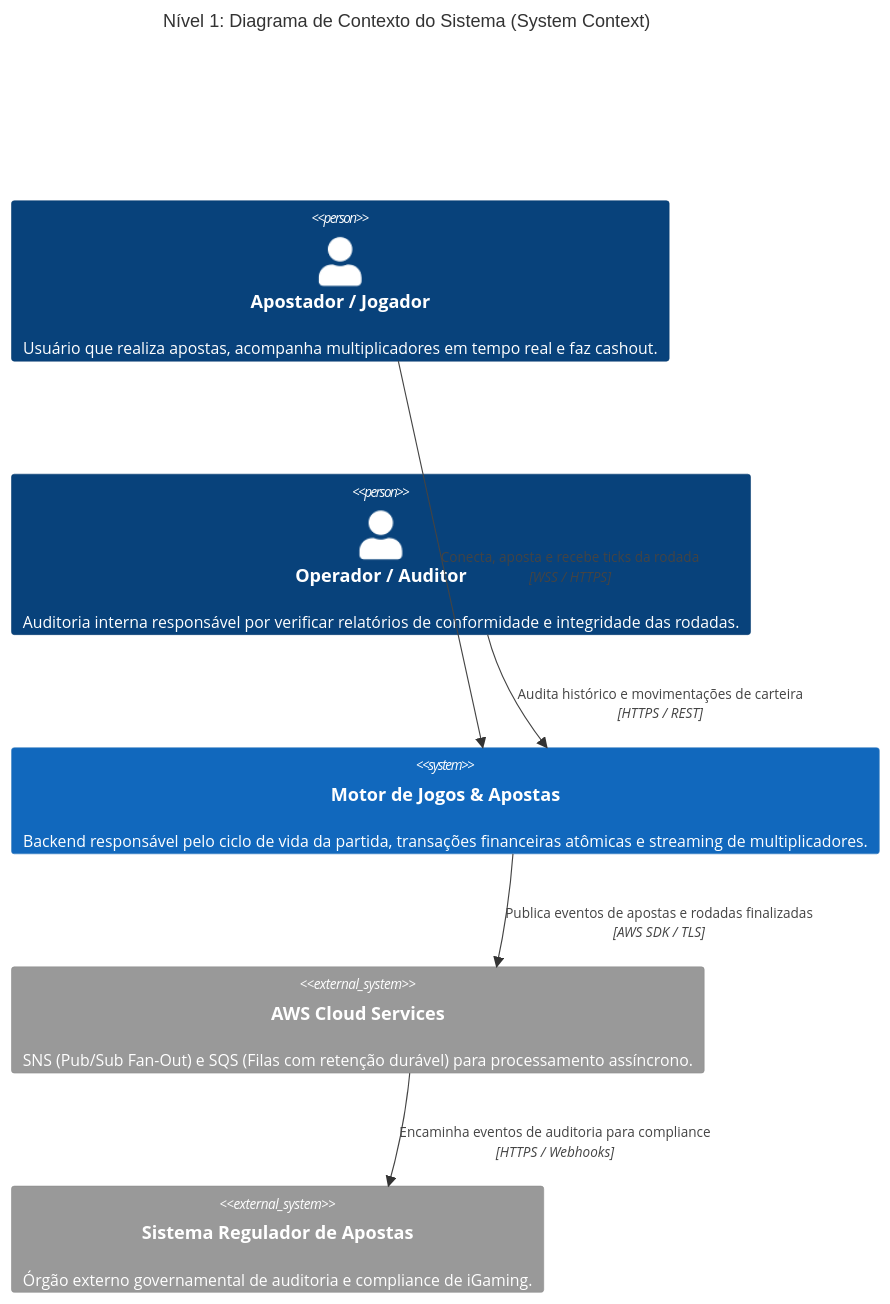
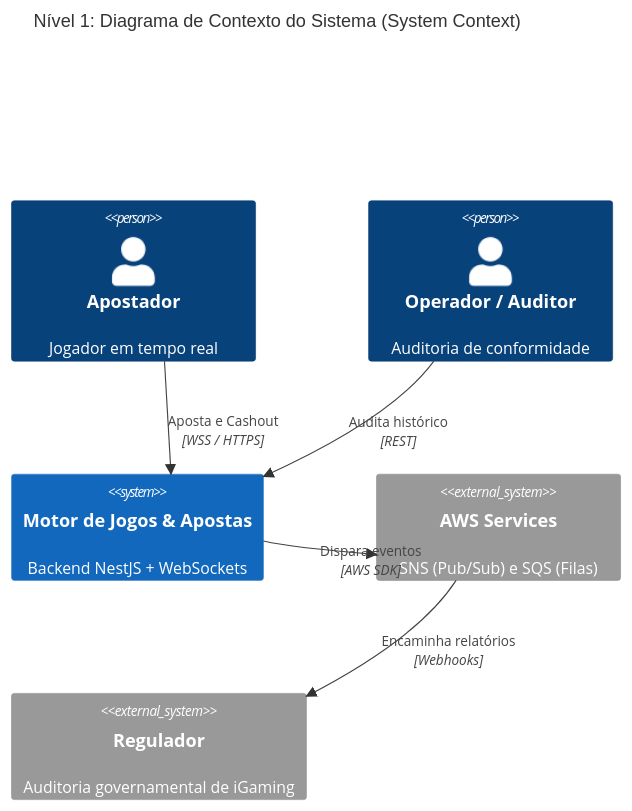
Before and after one commit to Ranzer-Dev/aprendendo-stack-jungle-gaming: the first of 4 diagrams in README.md, drawn with Mermaid. The commit also changed other lines of this file, not shown here.

Commit message:
style(docs): clean up C4 diagrams with directional relations to prevent line overlap

````diff
--- a/README.md
+++ b/README.md
@@ -25,17 +25,17 @@
 ```mermaid
 C4Context
     title Nível 1: Diagrama de Contexto do Sistema (System Context)
 
-    Person(player, "Apostador / Jogador", "Usuário que realiza apostas, acompanha multiplicadores em tempo real e faz cashout.")
-    Person(operator, "Operador / Auditor", "Auditoria interna responsável por verificar relatórios de conformidade e integridade das rodadas.")
+    Person(player, "Apostador", "Jogador em tempo real")
+    Person(operator, "Operador / Auditor", "Auditoria de conformidade")
 
-    System(jungleSystem, "Motor de Jogos & Apostas", "Backend responsável pelo ciclo de vida da partida, transações financeiras atômicas e streaming de multiplicadores.")
+    System(jungleSystem, "Motor de Jogos & Apostas", "Backend NestJS + WebSockets")
 
-    System_Ext(awsServices, "AWS Cloud Services", "SNS (Pub/Sub Fan-Out) e SQS (Filas com retenção durável) para processamento assíncrono.")
-    System_Ext(regulator, "Sistema Regulador de Apostas", "Órgão externo governamental de auditoria e compliance de iGaming.")
+    System_Ext(awsServices, "AWS Services", "SNS (Pub/Sub) e SQS (Filas)")
+    System_Ext(regulator, "Regulador", "Auditoria governamental de iGaming")
 
-    Rel(player, jungleSystem, "Conecta, aposta e recebe ticks da rodada", "WSS / HTTPS")
-    Rel(operator, jungleSystem, "Audita histórico e movimentações de carteira", "HTTPS / REST")
-    Rel(jungleSystem, awsServices, "Publica eventos de apostas e rodadas finalizadas", "AWS SDK / TLS")
-    Rel(awsServices, regulator, "Encaminha eventos de auditoria para compliance", "HTTPS / Webhooks")
+    Rel_R(player, jungleSystem, "Aposta e Cashout", "WSS / HTTPS")
+    Rel_D(operator, jungleSystem, "Audita histórico", "REST")
+    Rel_R(jungleSystem, awsServices, "Dispara eventos", "AWS SDK")
+    Rel_D(awsServices, regulator, "Encaminha relatórios", "Webhooks")
 ```
````
